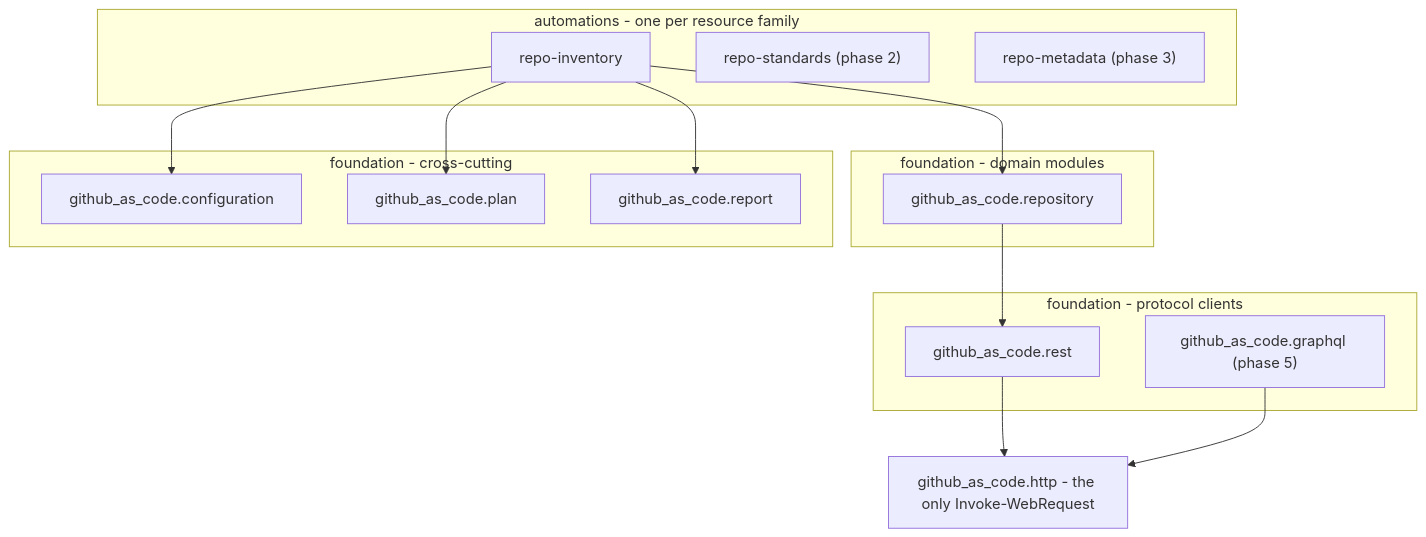
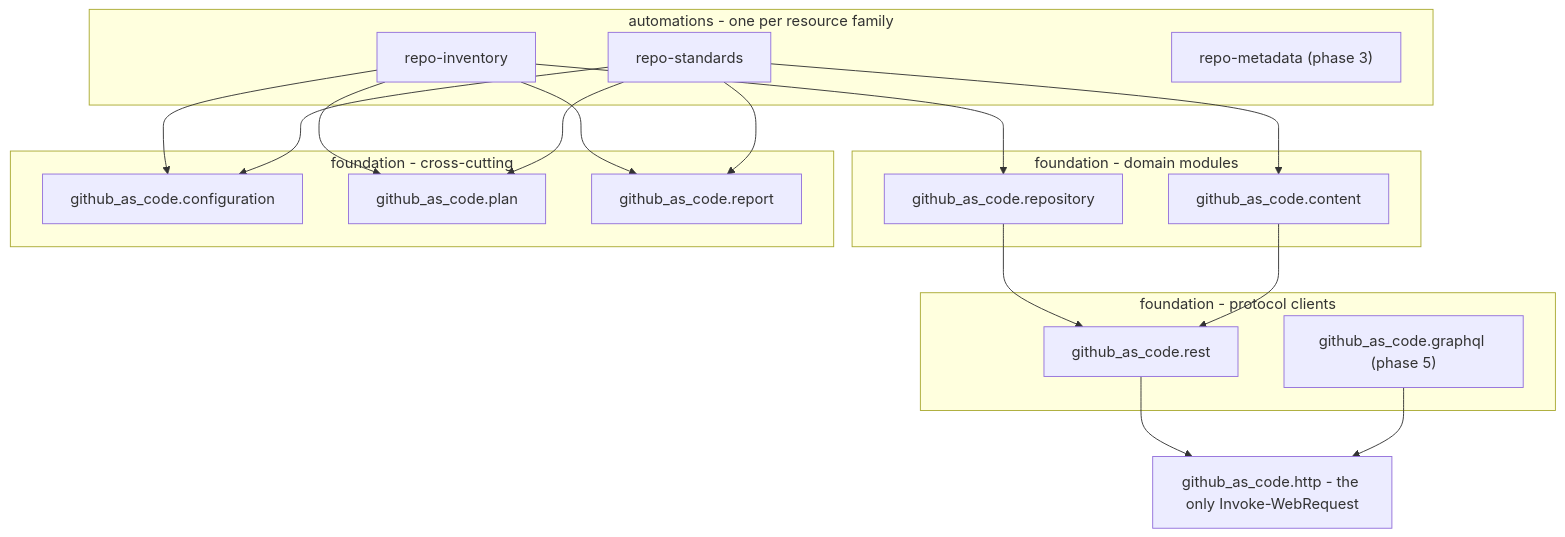
Before and after one commit to nehemias1999/GitHub_AsCode: the diagram in README.md, drawn with Mermaid. The commit also changed other lines of this file and 19 other files, not shown here.

````diff
--- a/README.md
+++ b/README.md
@@ -67,29 +67,35 @@
 ```mermaid
 flowchart TD
     subgraph entry [automations - one per resource family]
         RI[repo-inventory]
-        RS["repo-standards (phase 2)"]
+        RS[repo-standards]
         RM["repo-metadata (phase 3)"]
     end
     subgraph domain [foundation - domain modules]
         REPO[github_as_code.repository]
+        CONT[github_as_code.content]
     end
     subgraph client [foundation - protocol clients]
         REST[github_as_code.rest]
         GQL["github_as_code.graphql (phase 5)"]
     end
     subgraph cross [foundation - cross-cutting]
         CF[github_as_code.configuration]
         PL[github_as_code.plan]
         RP[github_as_code.report]
     end
     HTTP["github_as_code.http - the only Invoke-WebRequest"]
 
     RI --> REPO
+    RS --> CONT
     RI --> PL
     RI --> RP
     RI --> CF
+    RS --> PL
+    RS --> RP
+    RS --> CF
     REPO --> REST
+    CONT --> REST
     REST --> HTTP
     GQL --> HTTP
 ```
````
